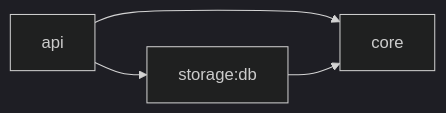
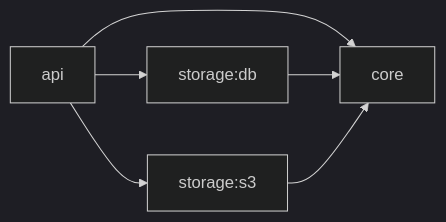
One commit to GETDDO/getddo-be changed the second of 25 diagrams in README.md. Above: the diagram before and after it, drawn with Mermaid (dark theme). The commit also changed other lines of this file and 27 other files, not shown here.

````diff
--- a/README.md
+++ b/README.md
@@ -80,6 +80,8 @@
 ```mermaid
 flowchart LR
     API["api"] --> Core["core"]
     API --> DB["storage:db"]
+    API --> S3["storage:s3"]
     DB --> Core
+    S3 --> Core
 ```
````
